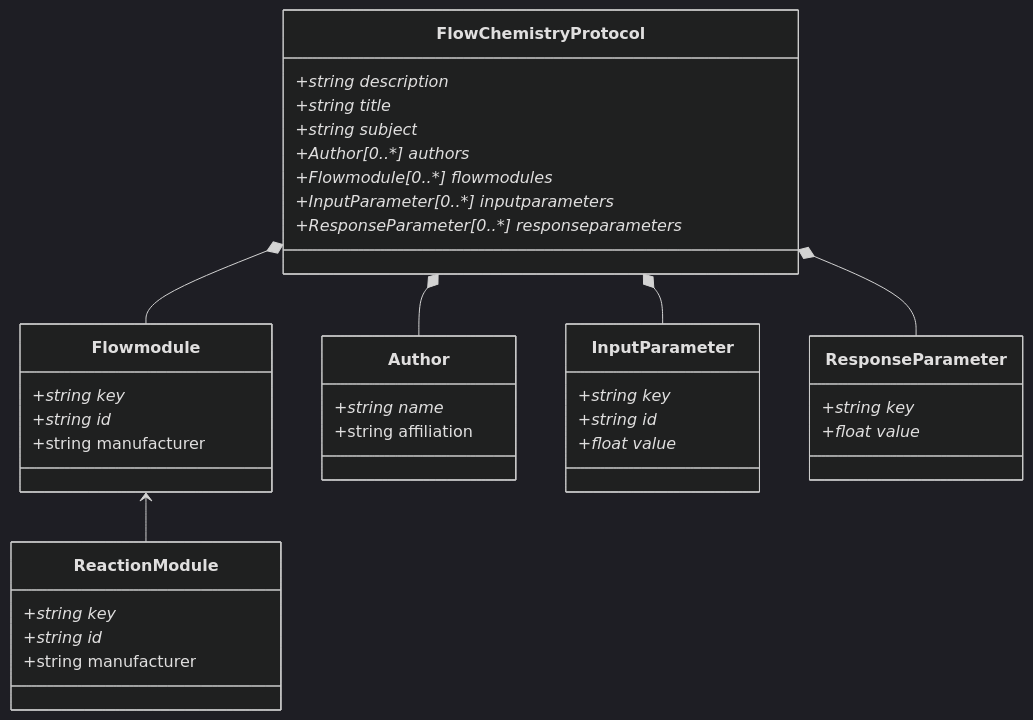
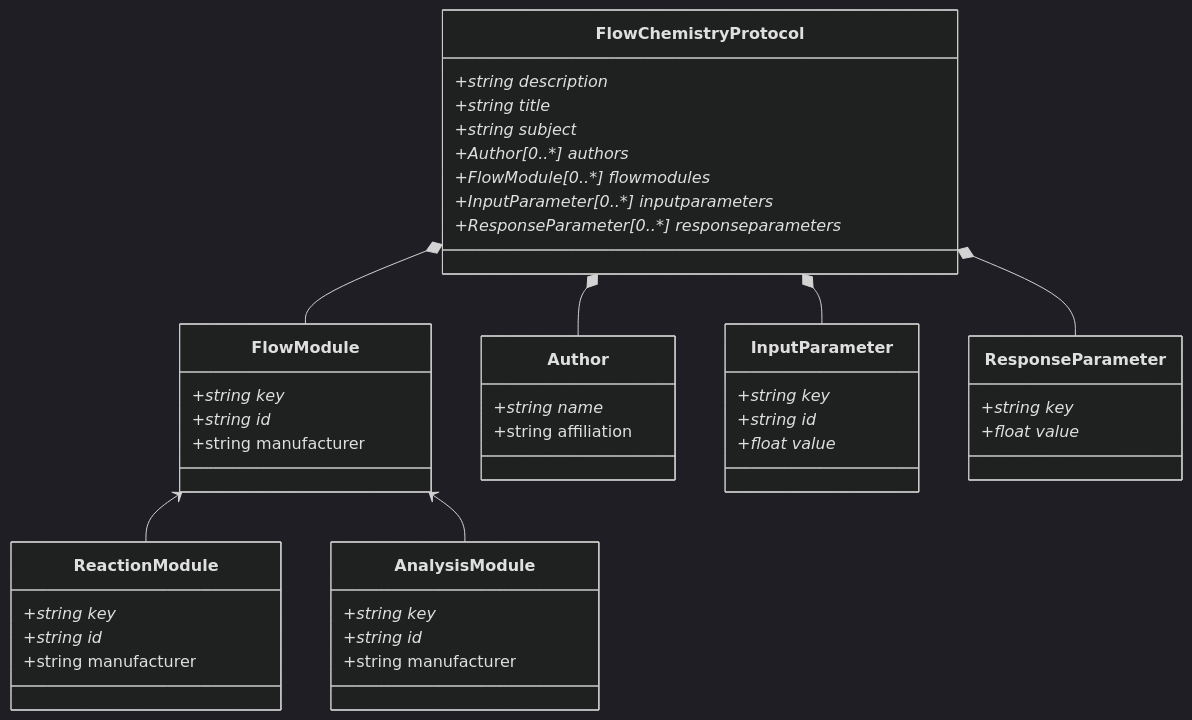
Before and after one commit to C-Kessler/sdrdm-flowchem-B2: the diagram in pyDataset/schemes/Dataset.md, drawn with Mermaid (dark theme). The commit also changed 3 other files, not shown here.

````diff
--- a/pyDataset/schemes/Dataset.md
+++ b/pyDataset/schemes/Dataset.md
@@ -1,47 +1,54 @@
 ```mermaid
 classDiagram
-    Flowmodule <-- ReactionModule
+    FlowModule <-- ReactionModule
+    FlowModule <-- AnalysisModule
     FlowChemistryProtocol *-- Author
-    FlowChemistryProtocol *-- Flowmodule
+    FlowChemistryProtocol *-- FlowModule
     FlowChemistryProtocol *-- InputParameter
     FlowChemistryProtocol *-- ResponseParameter
     
     class FlowChemistryProtocol {
         +string description*
         +string title*
         +string subject*
         +Author[0..*] authors*
-        +Flowmodule[0..*] flowmodules*
+        +FlowModule[0..*] flowmodules*
         +InputParameter[0..*] inputparameters*
         +ResponseParameter[0..*] responseparameters*
     }
     
     class Author {
         +string name*
         +string affiliation
     }
     
-    class Flowmodule {
+    class FlowModule {
         +string key*
         +string id*
         +string manufacturer
     }
     
     class ReactionModule {
+        +string key*
+        +string id*
+        +string manufacturer
+    }
+    
+    class AnalysisModule {
         +string key*
         +string id*
         +string manufacturer
     }
     
     class InputParameter {
         +string key*
         +string id*
         +float value*
     }
     
     class ResponseParameter {
         +string key*
         +float value*
     }
     
 ```
````
